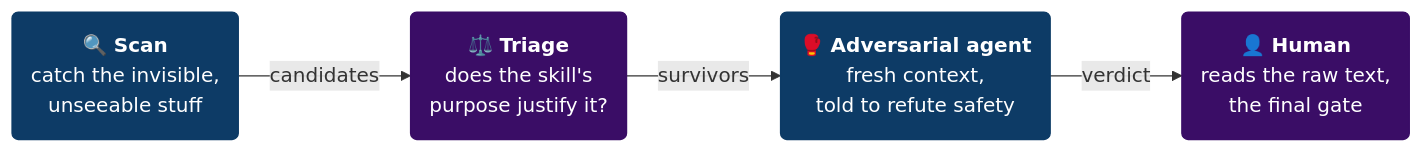
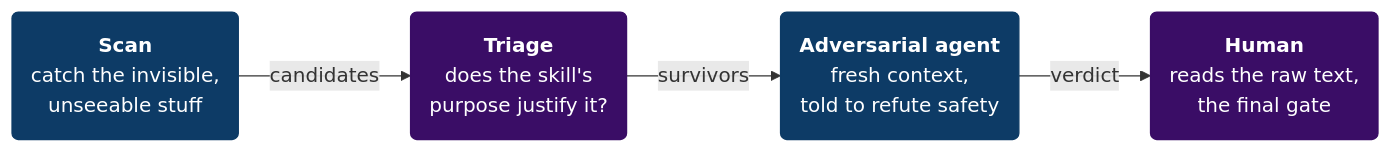
Before and after one commit to NorbiLukacs/agent-skill-guard: the diagram in README.md, drawn with Mermaid. The commit also changed other lines of this file and 2 other files, not shown here.

Commit message:
docs: remove all emoji from repo files

````diff
--- a/README.md
+++ b/README.md
@@ -61,12 +61,12 @@
 ```mermaid
 flowchart LR
-    A("🔍 <b>Scan</b><br/>catch the invisible,<br/>unseeable stuff")
-    B("⚖️ <b>Triage</b><br/>does the skill's<br/>purpose justify it?")
-    C("🥊 <b>Adversarial agent</b><br/>fresh context,<br/>told to refute safety")
-    D("👤 <b>Human</b><br/>reads the raw text,<br/>the final gate")
+    A("<b>Scan</b><br/>catch the invisible,<br/>unseeable stuff")
+    B("<b>Triage</b><br/>does the skill's<br/>purpose justify it?")
+    C("<b>Adversarial agent</b><br/>fresh context,<br/>told to refute safety")
+    D("<b>Human</b><br/>reads the raw text,<br/>the final gate")
     A -- candidates --> B -- survivors --> C -- verdict --> D
     classDef tool fill:#0d3b66,stroke:#0d3b66,color:#fff;
     classDef human fill:#3a0d66,stroke:#3a0d66,color:#fff;
     class A,C tool
     class B,D human
 ```
````
